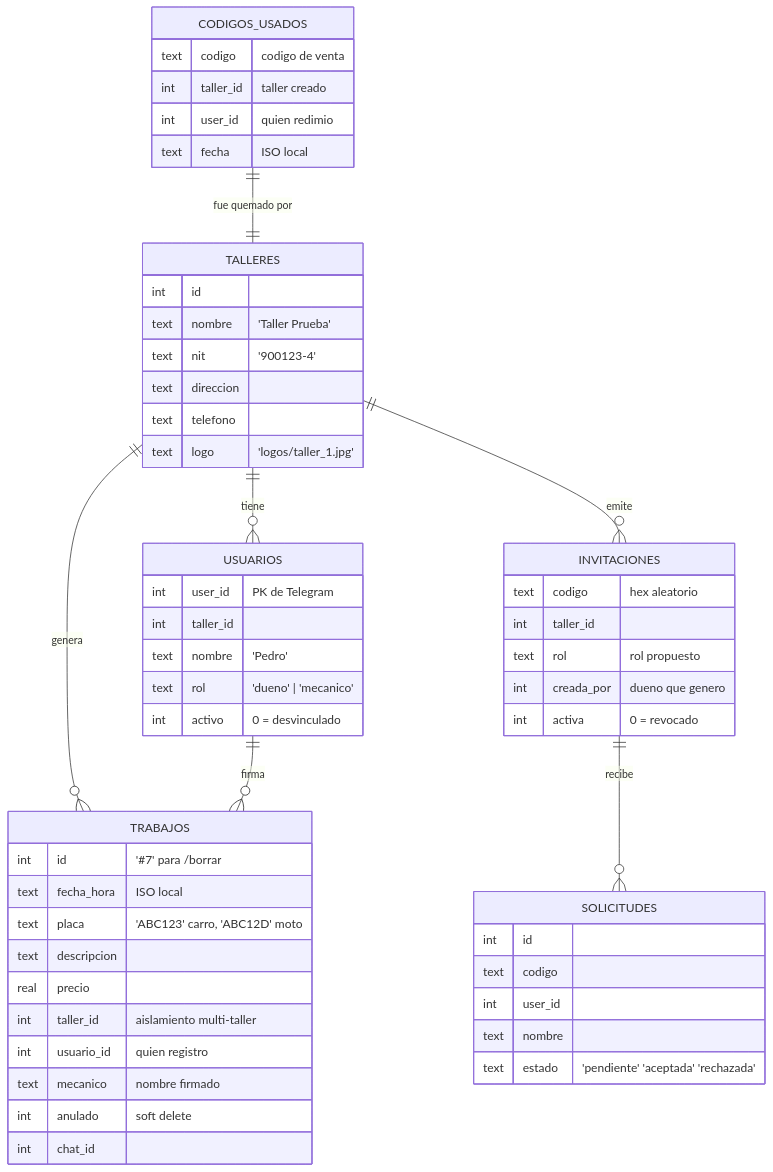
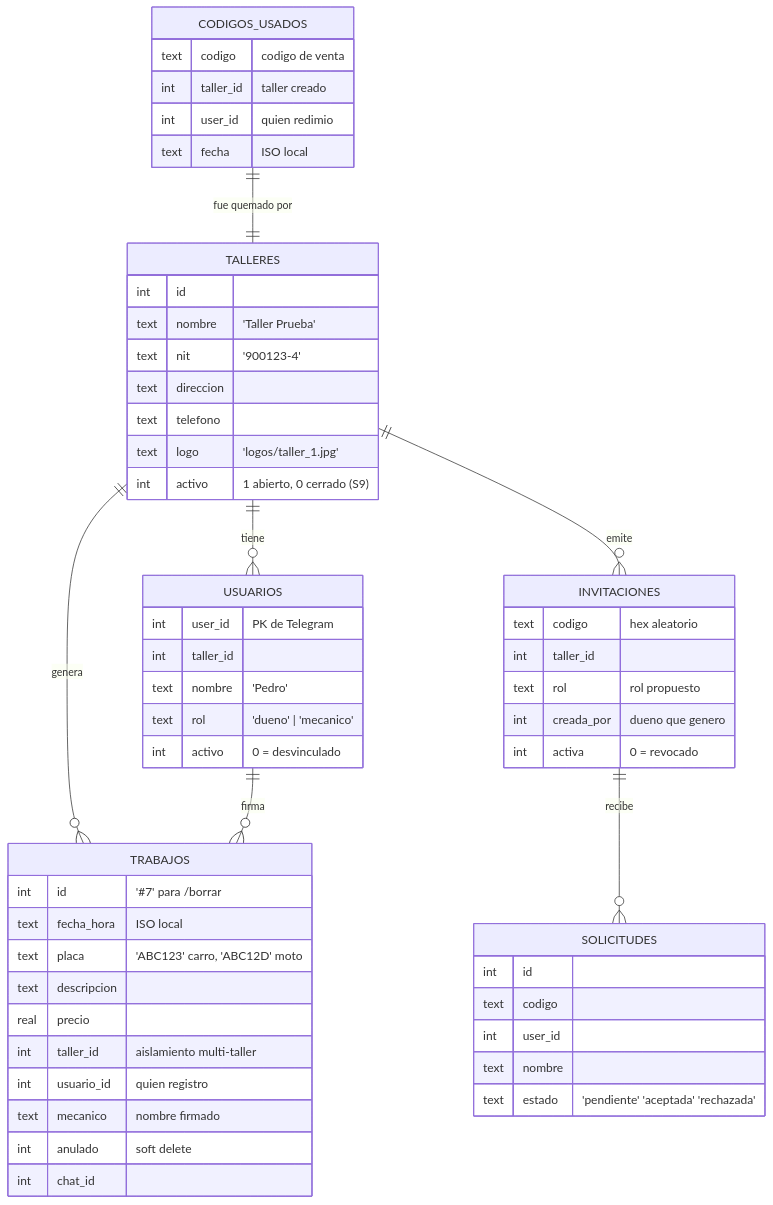
One commit to dzuluaga23/TallerBot changed the diagram in README.md. Above: the diagram before and after it, drawn with Mermaid. The commit also changed other lines of this file and 4 other files, not shown here.

````diff
--- a/README.md
+++ b/README.md
@@ -132,57 +136,58 @@
 ```mermaid
 erDiagram
     TALLERES ||--o{ USUARIOS : "tiene"
     TALLERES ||--o{ TRABAJOS : "genera"
     TALLERES ||--o{ INVITACIONES : "emite"
     USUARIOS   ||--o{ TRABAJOS  : "firma"
     INVITACIONES ||--o{ SOLICITUDES : "recibe"
     CODIGOS_USADOS ||--|| TALLERES : "fue quemado por"
 
     TALLERES {
         int id
         text nombre "'Taller Prueba'"
         text nit "'900123-4'"
         text direccion
         text telefono
         text logo "'logos\/taller_1.jpg'"
+        int activo "1 abierto, 0 cerrado (S9)"
     }
     USUARIOS {
         int user_id "PK de Telegram"
         int taller_id
         text nombre "'Pedro'"
         text rol "'dueno' | 'mecanico'"
         int activo "0 = desvinculado"
     }
     INVITACIONES {
         text codigo "hex aleatorio"
         int taller_id
         text rol "rol propuesto"
         int creada_por "dueno que genero"
         int activa "0 = revocado"
     }
     CODIGOS_USADOS {
         text codigo "codigo de venta"
         int taller_id "taller creado"
         int user_id "quien redimio"
         text fecha "ISO local"
     }
     SOLICITUDES {
         int id
         text codigo
         int user_id
         text nombre
         text estado "'pendiente' 'aceptada' 'rechazada'"
     }
     TRABAJOS {
         int id "'#7' para /borrar"
         text fecha_hora "ISO local"
         text placa "'ABC123' carro, 'ABC12D' moto"
         text descripcion
         real precio
         int taller_id "aislamiento multi-taller"
         int usuario_id "quien registro"
         text mecanico "nombre firmado"
         int anulado "soft delete"
         int chat_id
     }
 ```
````
